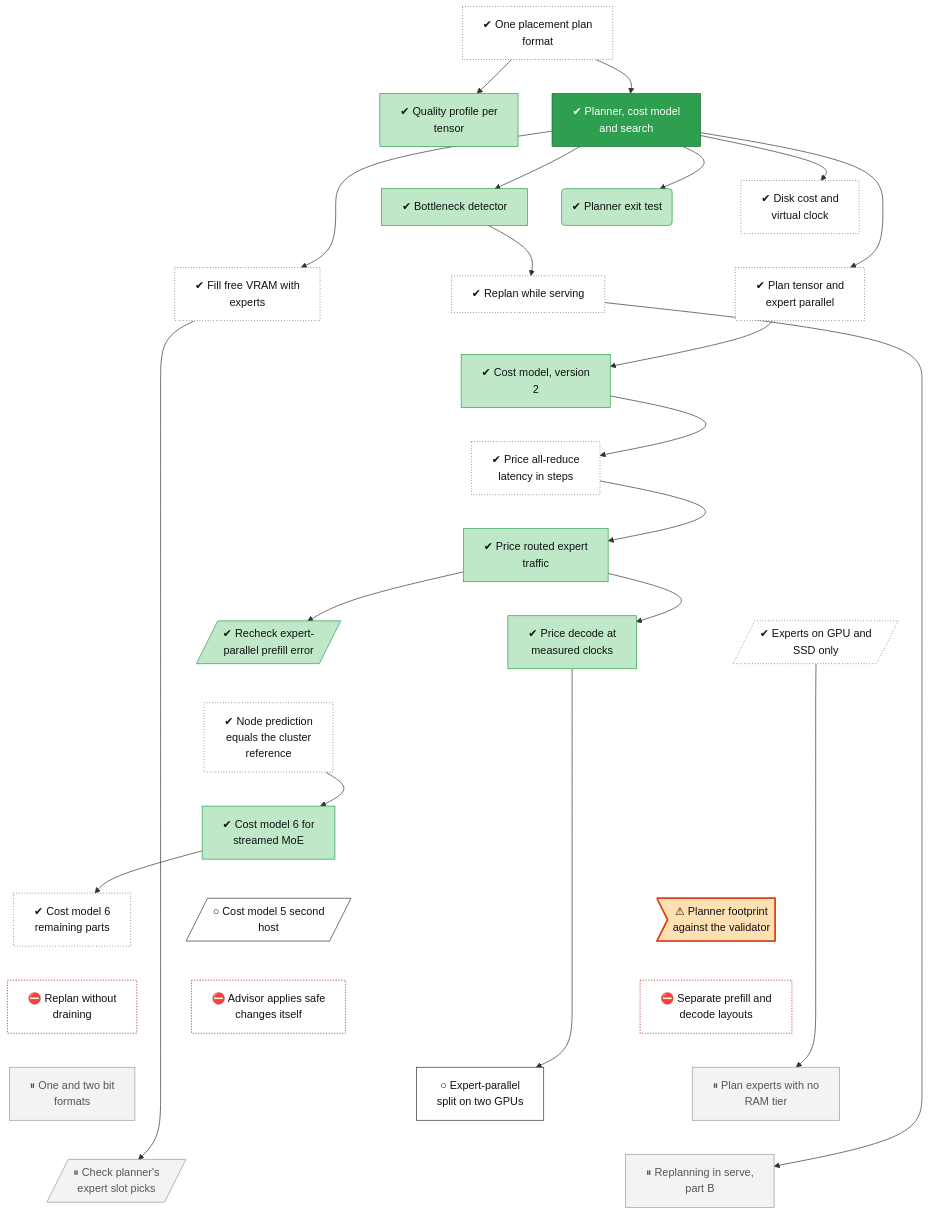
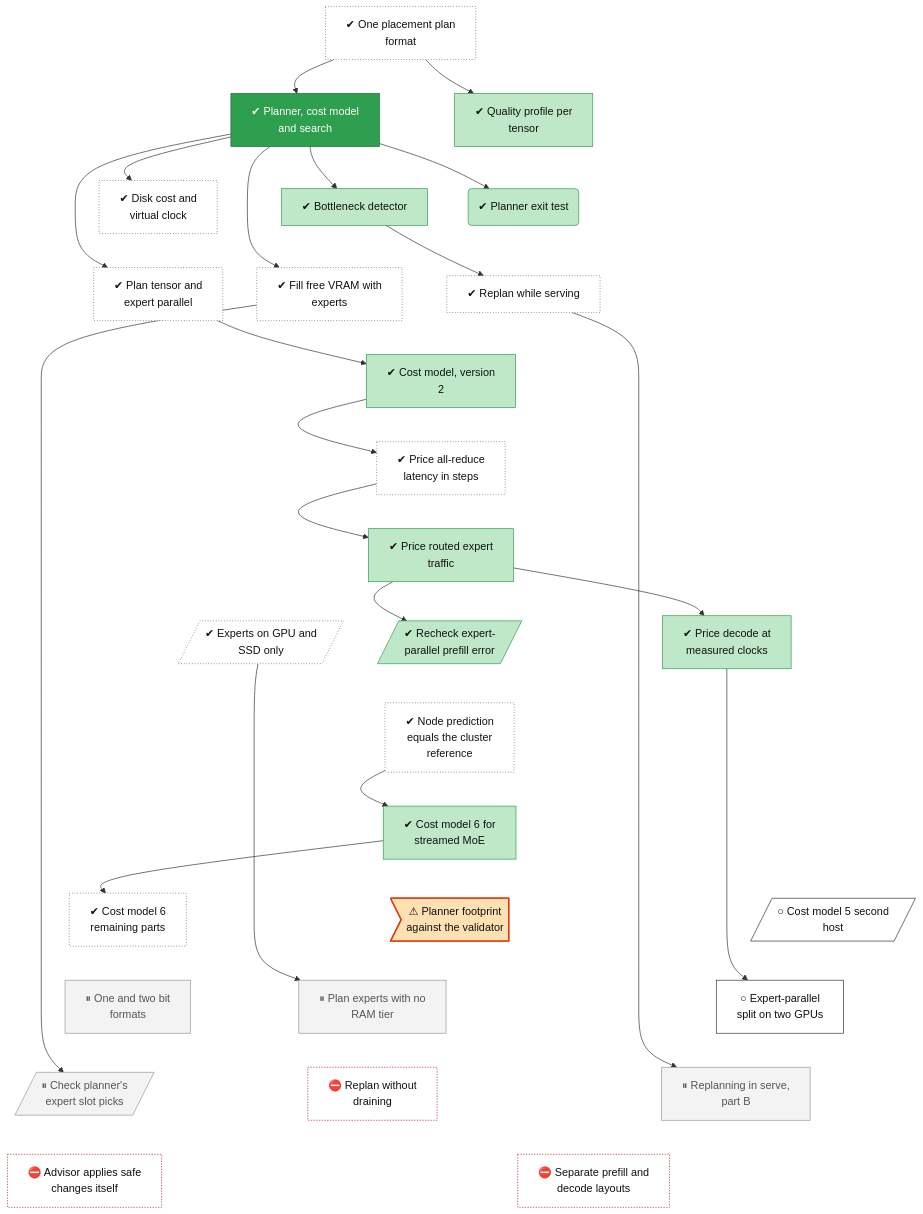
The diagram in docs/roadmap/tracks/planner.md (lhns/tetraeder), drawn with Mermaid before and after one commit. The commit also changed 6 other files, not shown here.

````diff
--- a/docs/roadmap/tracks/planner.md
+++ b/docs/roadmap/tracks/planner.md
@@ -29,14 +29,14 @@
     planner_costmodel_v6_rest["✔ Cost model 6<br/>remaining parts"]
     planner_cost_model_v5_host2[/"○ Cost model 5 second<br/>host"/]
     planner_footprint_validator_gap>"⚠ Planner footprint<br/>against the validator"]
-    planner_live_replan["⛔ Replan without<br/>draining"]
-    planner_advisor_auto["⛔ Advisor applies safe<br/>changes itself"]
-    planner_split_layouts["⛔ Separate prefill and<br/>decode layouts"]
     planner_low_bit_formats["⏸ One and two bit<br/>formats"]
     planner_ep_split["○ Expert-parallel<br/>split on two GPUs"]
     planner_ram_slots_zero["⏸ Plan experts with no<br/>RAM tier"]
     planner_slot_campaign[/"⏸ Check planner's<br/>expert slot picks"/]
     planner_replan_part_b["⏸ Replanning in serve,<br/>part B"]
+    planner_live_replan["⛔ Replan without<br/>draining"]
+    planner_advisor_auto["⛔ Advisor applies safe<br/>changes itself"]
+    planner_split_layouts["⛔ Separate prefill and<br/>decode layouts"]
     planner_plan_ir ~~~ planner_quality
     planner_plan_ir ~~~ planner_core
     planner_quality ~~~ planner_exit
@@ -60,15 +60,15 @@
     planner_costmodel_stream_terms ~~~ planner_costmodel_v6_rest
     planner_costmodel_stream_terms ~~~ planner_cost_model_v5_host2
     planner_costmodel_stream_terms ~~~ planner_footprint_validator_gap
-    planner_costmodel_v6_rest ~~~ planner_live_replan
-    planner_cost_model_v5_host2 ~~~ planner_advisor_auto
-    planner_footprint_validator_gap ~~~ planner_split_layouts
-    planner_live_replan ~~~ planner_low_bit_formats
-    planner_advisor_auto ~~~ planner_ep_split
-    planner_split_layouts ~~~ planner_ram_slots_zero
+    planner_costmodel_v6_rest ~~~ planner_low_bit_formats
+    planner_cost_model_v5_host2 ~~~ planner_ep_split
+    planner_footprint_validator_gap ~~~ planner_ram_slots_zero
     planner_low_bit_formats ~~~ planner_slot_campaign
     planner_ep_split ~~~ planner_replan_part_b
-    planner_ram_slots_zero ~~~ planner_replan_part_b
+    planner_ram_slots_zero ~~~ planner_live_replan
+    planner_slot_campaign ~~~ planner_advisor_auto
+    planner_replan_part_b ~~~ planner_split_layouts
+    planner_live_replan ~~~ planner_split_layouts
     planner_plan_ir --> planner_quality
     planner_plan_ir --> planner_core
     planner_core --> planner_exit
@@ -107,6 +107,6 @@
     class planner_core vsucc
     class planner_cost_model_v5_host2,planner_ep_split next
     class planner_footprint_validator_gap finding
+    class planner_low_bit_formats,planner_ram_slots_zero,planner_slot_campaign,planner_replan_part_b parked
     class planner_live_replan,planner_advisor_auto,planner_split_layouts blocked
-    class planner_low_bit_formats,planner_ram_slots_zero,planner_slot_campaign,planner_replan_part_b parked
 ```
````
